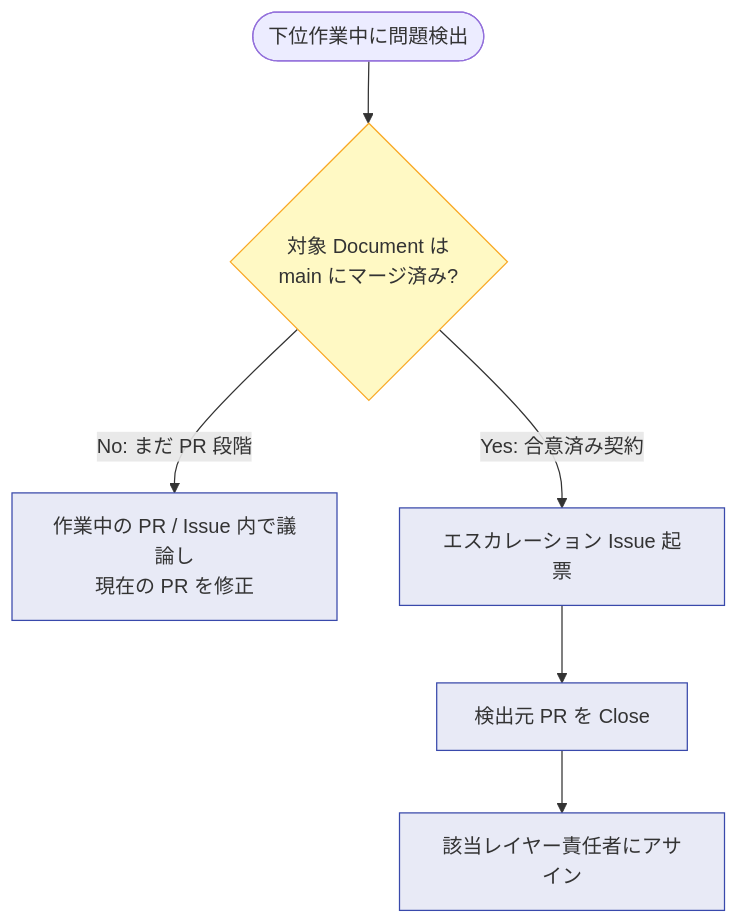
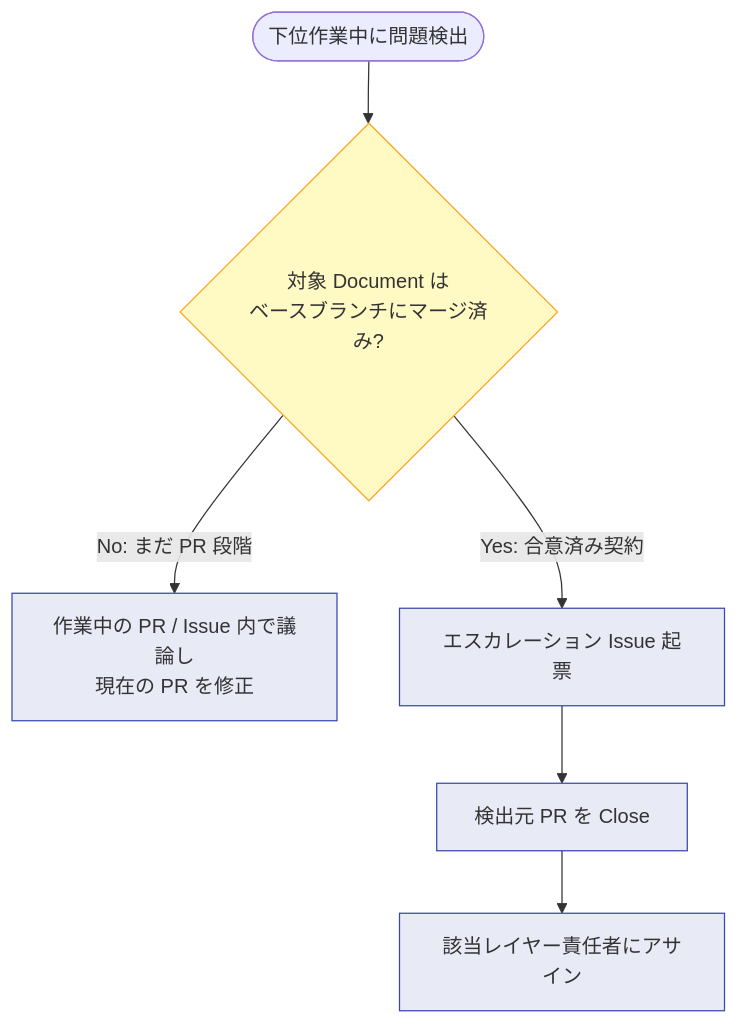
Before and after one commit to yumor-org/aigile: the first of 3 diagrams in docs/escalation.md, drawn with Mermaid. The commit also changed other lines of this file and 4 other files, not shown here.

````diff
--- a/docs/escalation.md
+++ b/docs/escalation.md
@@ -9,13 +9,13 @@
 ```mermaid
 flowchart TD
-    Start([下位作業中に問題検出]) --> Q{対象 Document は<br/>main にマージ済み?}
+    Start([下位作業中に問題検出]) --> Q{対象 Document は<br/>ベースブランチにマージ済み?}
     Q -->|No: まだ PR 段階| InPR[作業中の PR / Issue 内で議論し<br/>現在の PR を修正]
     Q -->|Yes: 合意済み契約| Esc[エスカレーション Issue 起票]
     Esc --> CloseSrc[検出元 PR を Close]
     CloseSrc --> Assign[該当レイヤー責任者にアサイン]
 
     classDef decision fill:#fff9c4,stroke:#f9a825
     classDef action fill:#e8eaf6,stroke:#3949ab
     class Q decision
     class InPR,Esc,CloseSrc,Assign action
 ```
````
